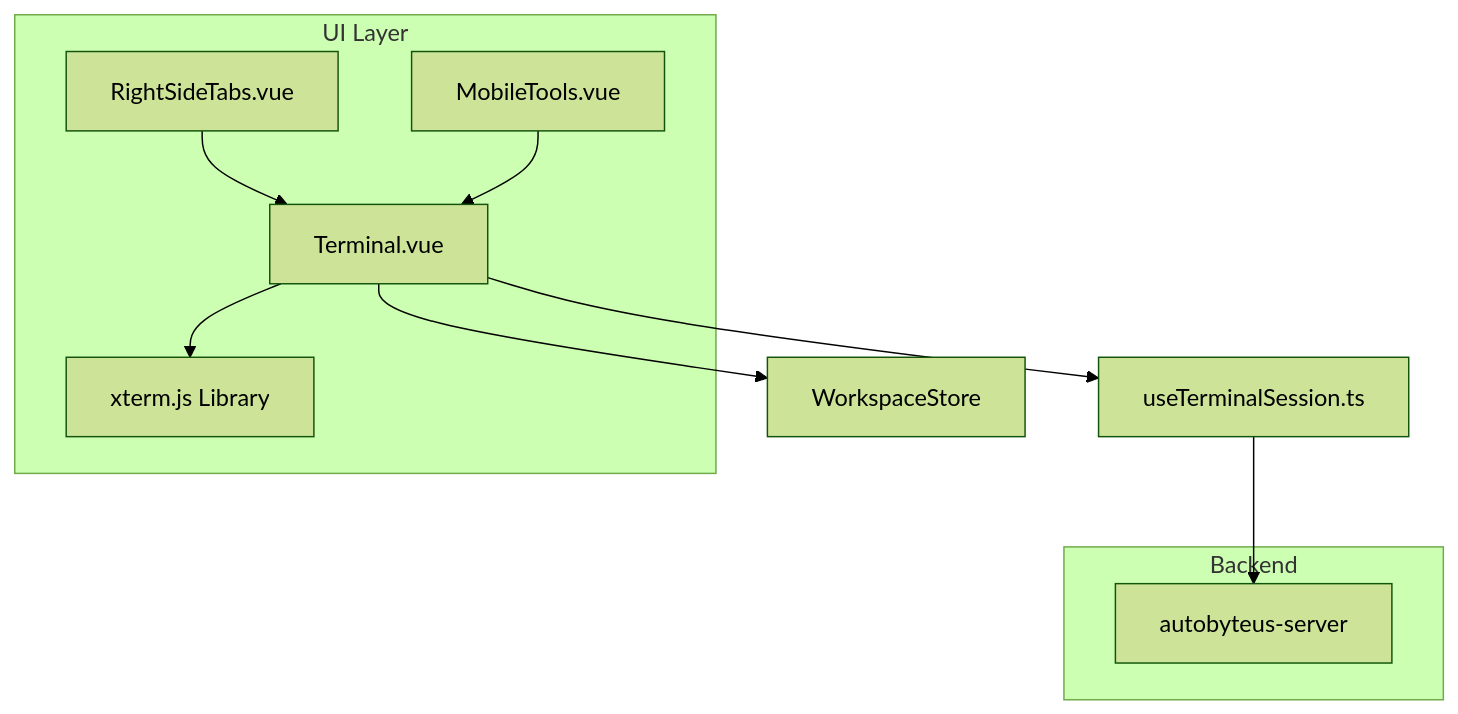
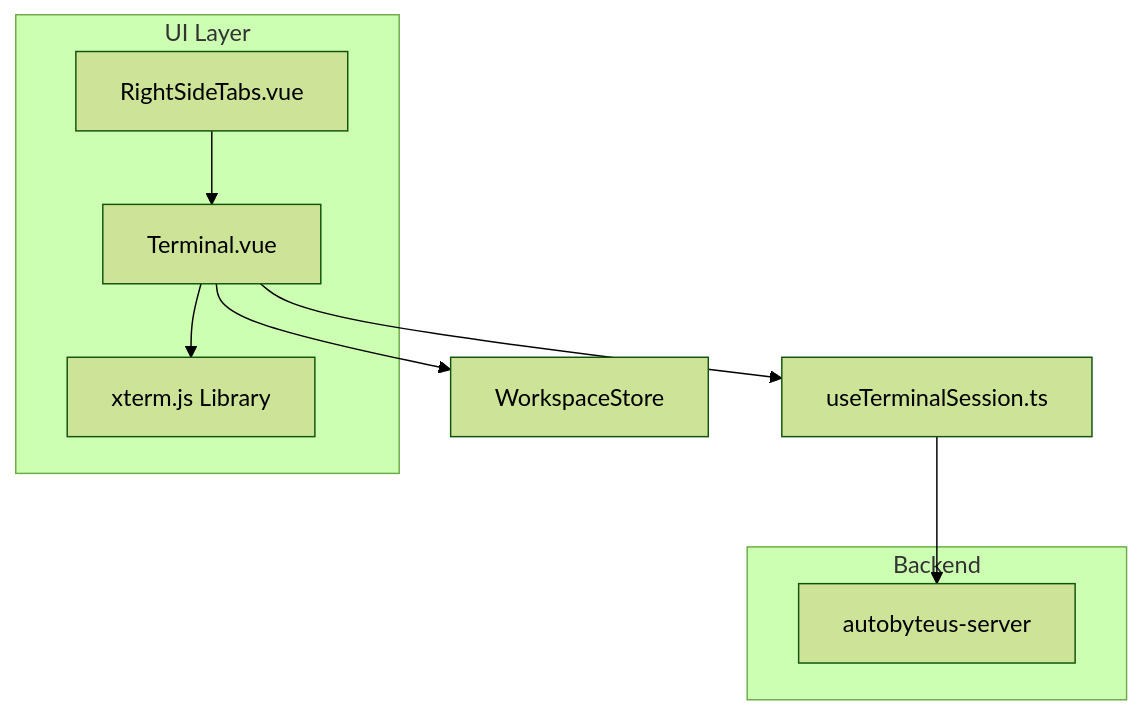
The first of 2 diagrams in autobyteus-web/docs/terminal.md (AutoByteus/autobyteus-workspace), drawn with Mermaid (forest theme) before and after one commit. The commit also changed other lines of this file and 168 other files, not shown here.

````diff
--- a/autobyteus-web/docs/terminal.md
+++ b/autobyteus-web/docs/terminal.md
@@ -33,20 +31,18 @@
 ```mermaid
 flowchart TD
     subgraph "UI Layer"
         RightSideTabs[RightSideTabs.vue]
-        MobileTools[MobileTools.vue]
         Terminal[Terminal.vue]
         XTerm[xterm.js Library]
     end
 
     subgraph "Backend"
         Server[autobyteus-server]
     end
 
     RightSideTabs --> Terminal
-    MobileTools --> Terminal
     Terminal --> XTerm
     Terminal --> WorkspaceStore
     Terminal --> TerminalSession[useTerminalSession.ts]
     TerminalSession --> Server
 ```
````
